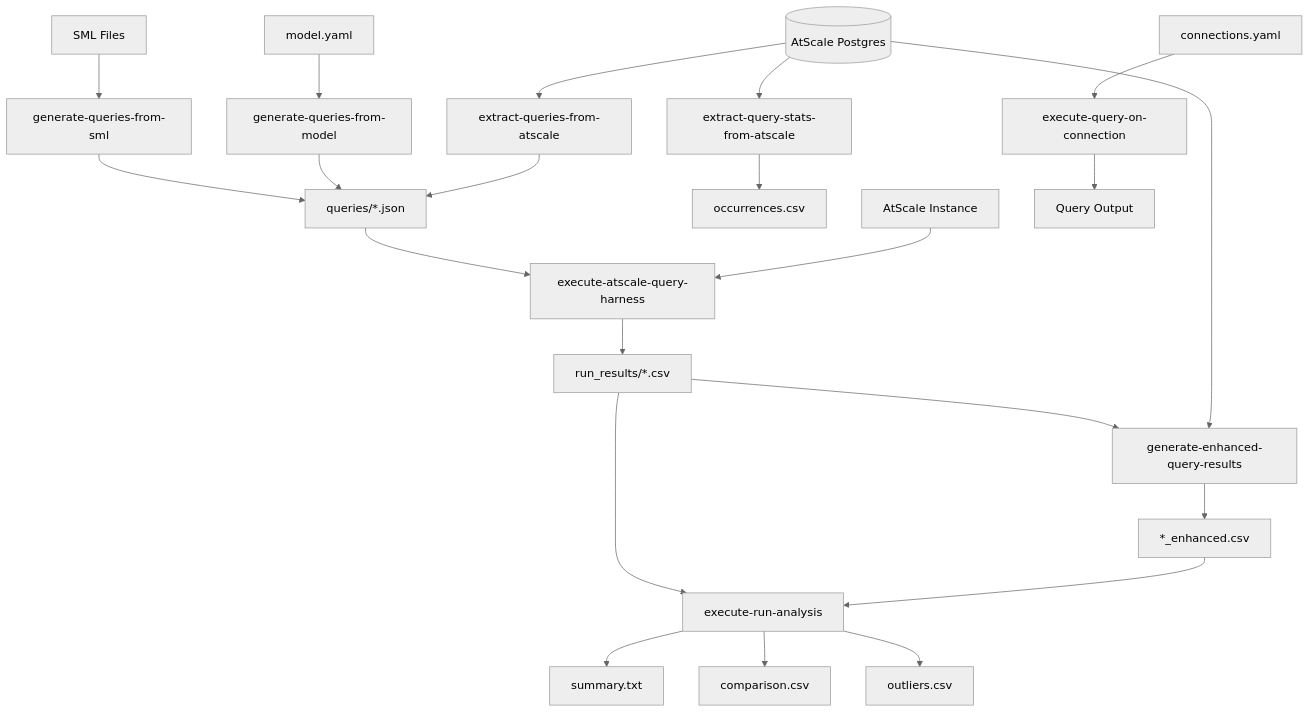
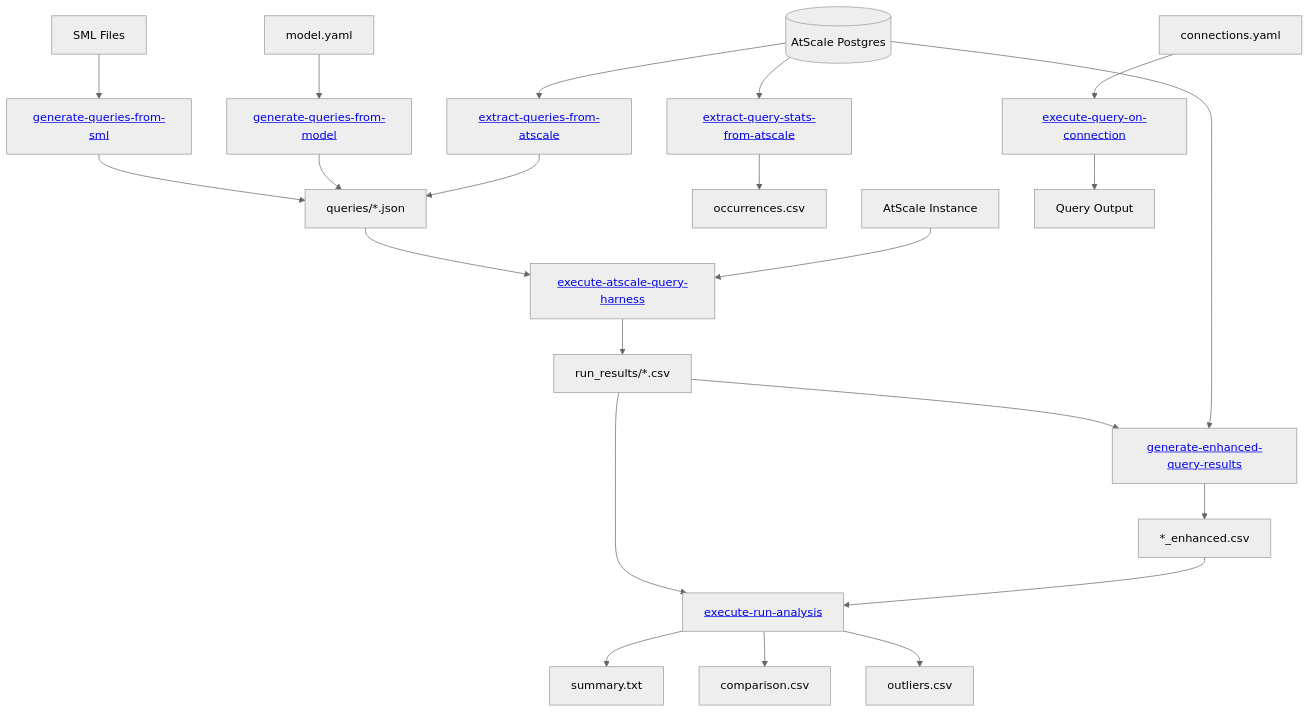
Before and after one commit to AtScaleInc/ps-utils: the fifth of 6 diagrams in README.md, drawn with Mermaid (neutral theme). The commit also changed other lines of this file and 34 other files, not shown here.

````diff
--- a/README.md
+++ b/README.md
@@ -96,25 +75,18 @@
 ```mermaid
+%%{init: {"flowchart": {"htmlLabels": true}} }%%
 flowchart TD
-    SML["SML Files"] --> G["generate-queries-from-sml"] --> QJSON["queries/*.json"]
-    MODEL["model.yaml"] --> H["generate-queries-from-model"] --> QJSON
-    ATSDB[("AtScale Postgres")] --> A["extract-query-stats-from-atscale"] --> STATS["occurrences.csv"]
-    ATSDB --> B["extract-queries-from-atscale"] --> QJSON
-    QJSON --> C["execute-atscale-query-harness"] --> RUN["run_results/*.csv"]
+    SML["SML Files"] --> G["<a href='#generate-queries-from-sml'>generate-queries-from-sml</a>"] --> QJSON["queries/*.json"]
+    MODEL["model.yaml"] --> H["<a href='#generate-queries-from-model'>generate-queries-from-model</a>"] --> QJSON
+    ATSDB[("AtScale Postgres")] --> A["<a href='#extract-query-stats-from-atscale'>extract-query-stats-from-atscale</a>"] --> STATS["occurrences.csv"]
+    ATSDB --> B["<a href='#extract-queries-from-atscale'>extract-queries-from-atscale</a>"] --> QJSON
+    QJSON --> C["<a href='#execute-atscale-query-harness'>execute-atscale-query-harness</a>"] --> RUN["run_results/*.csv"]
     ATS["AtScale Instance"] --> C
-    CONN["connections.yaml"] --> D["execute-query-on-connection"] --> QOUT["Query Output"]
-    RUN --> E["generate-enhanced-query-results"] --> ECSV["*_enhanced.csv"]
+    CONN["connections.yaml"] --> D["<a href='#execute-query-on-connection'>execute-query-on-connection</a>"] --> QOUT["Query Output"]
+    RUN --> E["<a href='#generate-enhanced-query-results'>generate-enhanced-query-results</a>"] --> ECSV["*_enhanced.csv"]
     ATSDB --> E
-    RUN --> F["execute-run-analysis"]
+    RUN --> F["<a href='#execute-run-analysis'>execute-run-analysis</a>"]
     ECSV --> F
     F --> SUMMARY["summary.txt"]
     F --> COMPARISON["comparison.csv"]
     F --> OUTLIERS["outliers.csv"]
-    click G href "#generate-queries-from-sml"
-    click H href "#generate-queries-from-model"
-    click A href "#extract-query-stats-from-atscale"
-    click B href "#extract-queries-from-atscale"
-    click C href "#execute-atscale-query-harness"
-    click D href "#execute-query-on-connection"
-    click E href "#generate-enhanced-query-results"
-    click F href "#execute-run-analysis"
 ```
````
